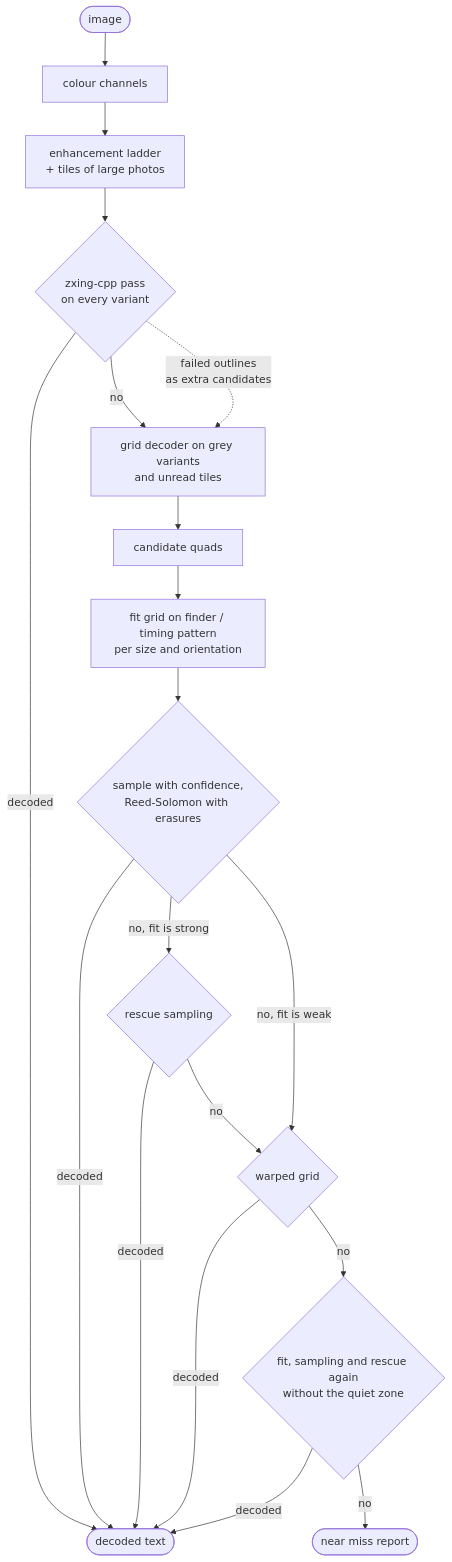
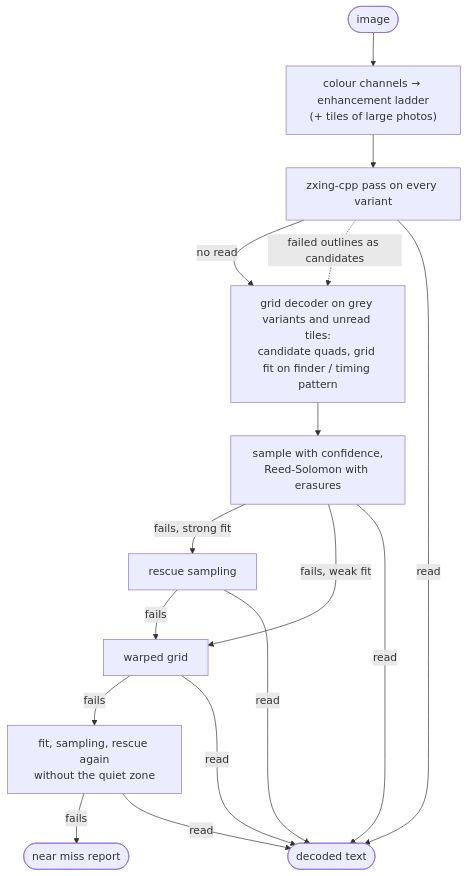
The diagram in doc/features.md (aharjajarvi/dpmread), drawn with Mermaid before and after one commit.

Commit message:
features.md: compact read chart (rectangles, fewer rows)

````diff
--- a/doc/features.md
+++ b/doc/features.md
@@ -20,22 +20,18 @@
 ```mermaid
 flowchart TD
-    img([image]) --> ch[colour channels]
-    ch --> lad[enhancement ladder<br/>+ tiles of large photos]
-    lad --> zx{zxing-cpp pass<br/>on every variant}
-    zx -- decoded --> res
-    zx -- no --> gv[grid decoder on grey variants<br/>and unread tiles]
-    zx -. failed outlines<br/>as extra candidates .-> gv
-    gv --> q[candidate quads]
-    q --> fit[fit grid on finder / timing pattern<br/>per size and orientation]
-    fit --> rs{sample with confidence,<br/>Reed-Solomon with erasures}
-    rs -- decoded --> res
-    rs -- no, fit is strong --> resc{rescue sampling}
-    resc -- decoded --> res
-    resc -- no --> warp{warped grid}
-    rs -- no, fit is weak --> warp
-    warp -- decoded --> res
-    warp -- no --> qz{fit, sampling and rescue again<br/>without the quiet zone}
-    qz -- decoded --> res
-    qz -- no --> nm([near miss report])
-    res([decoded text])
+    img([image]) --> lad["colour channels → enhancement ladder<br/>(+ tiles of large photos)"]
+    lad --> zx["zxing-cpp pass on every variant"]
+    zx -- no read --> gv["grid decoder on grey variants and unread tiles:<br/>candidate quads, grid fit on finder / timing pattern"]
+    zx -. failed outlines as candidates .-> gv
+    gv --> rs["sample with confidence,<br/>Reed-Solomon with erasures"]
+    rs -- "fails, strong fit" --> resc["rescue sampling"]
+    rs -- "fails, weak fit" --> warp
+    resc -- fails --> warp["warped grid"]
+    warp -- fails --> qz["fit, sampling, rescue again<br/>without the quiet zone"]
+    qz -- fails --> nm([near miss report])
+    zx -- read --> res([decoded text])
+    rs -- read --> res
+    resc -- read --> res
+    warp -- read --> res
+    qz -- read --> res
 ```
````
